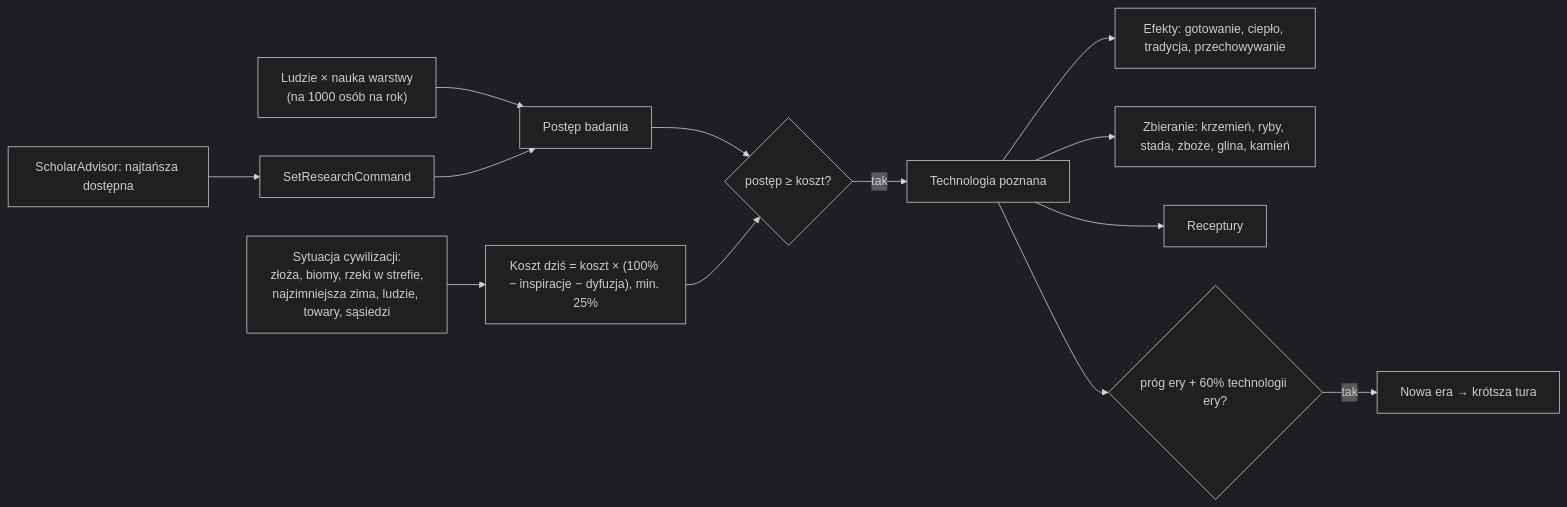
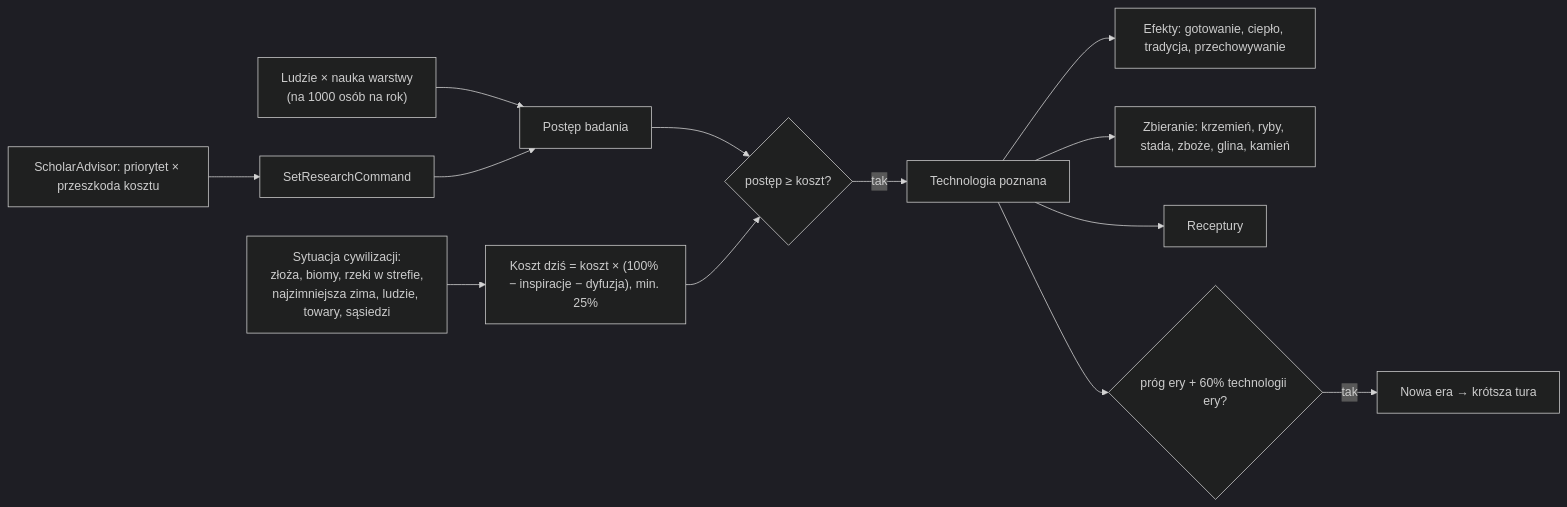
Before and after one commit to CoStellar/CivSim2: the diagram in docs/systems/research.md, drawn with Mermaid (dark theme). The commit also changed other lines of this file and 20 other files, not shown here.

First line of the commit message:
Docs: AI values (ADR 0019), docs/ai, GDD 8.3, ROADMAP, stats from 3 seeds

````diff
--- a/docs/systems/research.md
+++ b/docs/systems/research.md
@@ -14,14 +14,14 @@
 ```mermaid
 flowchart LR
   P["Ludzie × nauka warstwy<br/>(na 1000 osób na rok)"] --> R["Postęp badania"]
   F["Sytuacja cywilizacji:<br/>złoża, biomy, rzeki w strefie,<br/>najzimniejsza zima, ludzie, towary, sąsiedzi"] --> C["Koszt dziś = koszt × (100% − inspiracje − dyfuzja), min. 25%"]
   R --> L{"postęp ≥ koszt?"}
   C --> L
   L -->|tak| K["Technologia poznana"]
   K --> E["Efekty: gotowanie, ciepło, tradycja, przechowywanie"]
   K --> G["Zbieranie: krzemień, ryby, stada, zboże, glina, kamień"]
   K --> RC["Receptury"]
   K --> ER{"próg ery + 60% technologii ery?"}
   ER -->|tak| N["Nowa era → krótsza tura"]
-  AI["ScholarAdvisor: najtańsza dostępna"] --> SR["SetResearchCommand"] --> R
+  AI["ScholarAdvisor: priorytet × przeszkoda kosztu"] --> SR["SetResearchCommand"] --> R
 ```
````
